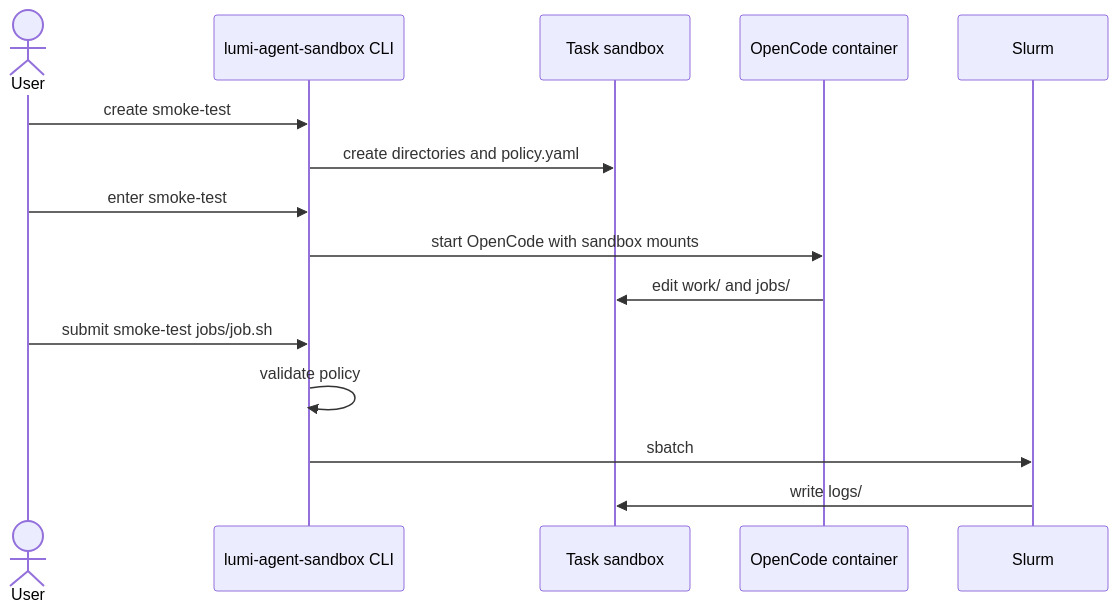
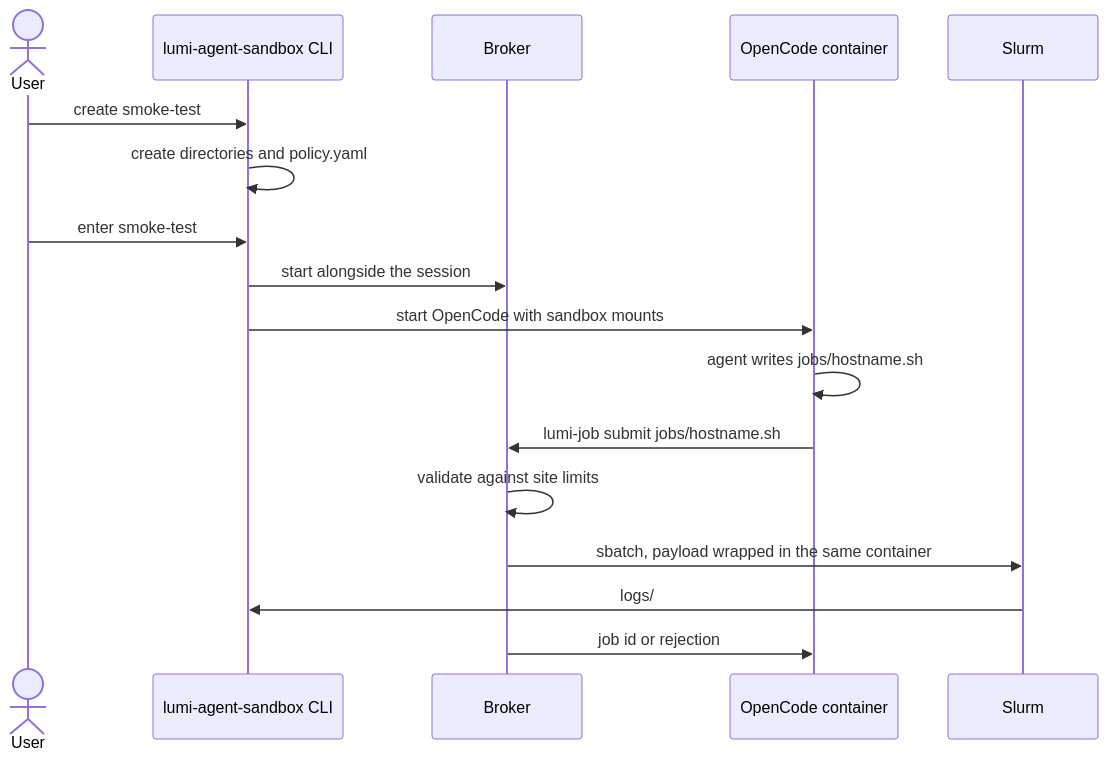
The diagram in README.md (aniskhan25/lumi-agent-sandbox), drawn with Mermaid before and after one commit. The commit also changed other lines of this file and 13 other files, not shown here.

````diff
--- a/README.md
+++ b/README.md
@@ -9,18 +11,20 @@
 ```mermaid
 sequenceDiagram
     actor User
     participant CLI as lumi-agent-sandbox CLI
-    participant Sandbox as Task sandbox
+    participant Broker
     participant Container as OpenCode container
     participant Slurm
 
     User->>CLI: create smoke-test
-    CLI->>Sandbox: create directories and policy.yaml
+    CLI->>CLI: create directories and policy.yaml
     User->>CLI: enter smoke-test
+    CLI->>Broker: start alongside the session
     CLI->>Container: start OpenCode with sandbox mounts
-    Container->>Sandbox: edit work/ and jobs/
-    User->>CLI: submit smoke-test jobs/job.sh
-    CLI->>CLI: validate policy
-    CLI->>Slurm: sbatch
-    Slurm->>Sandbox: write logs/
+    Container->>Container: agent writes jobs/hostname.sh
+    Container->>Broker: lumi-job submit jobs/hostname.sh
+    Broker->>Broker: validate against site limits
+    Broker->>Slurm: sbatch, payload wrapped in the same container
+    Slurm->>CLI: logs/
+    Broker->>Container: job id or rejection
 ```
````
